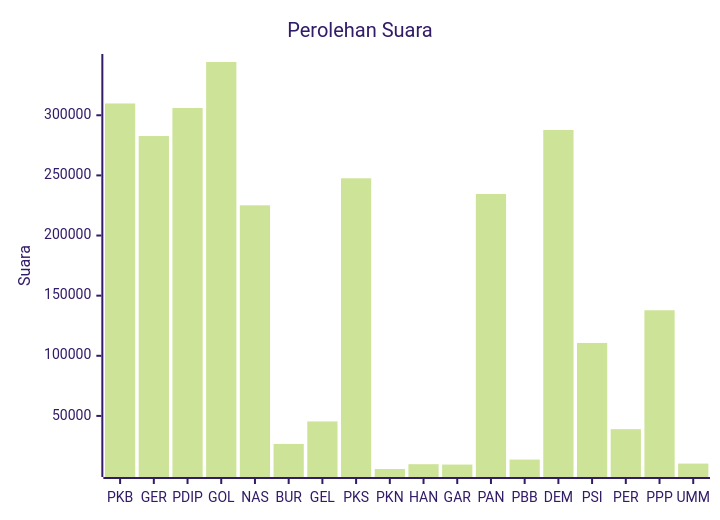
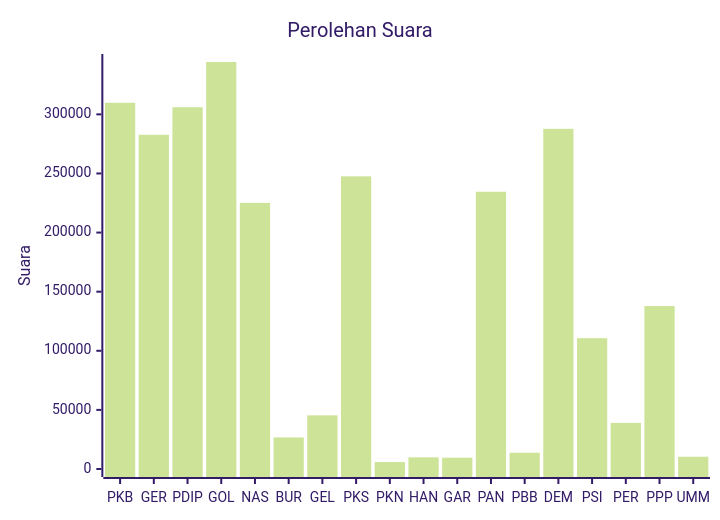
The diagram in pileg-dpr/hitung-suara/sub/table-wilayah-36.md (gigit-pemilu/pemilu-2024), drawn with Mermaid (forest theme) before and after one commit. The commit also changed 57 other files, not shown here.

````diff
--- a/pileg-dpr/hitung-suara/sub/table-wilayah-36.md
+++ b/pileg-dpr/hitung-suara/sub/table-wilayah-36.md
@@ -7,7 +7,7 @@
 ```mermaid
 xychart-beta
     title "Perolehan Suara"
     x-axis [PKB, GER, PDIP, GOL, NAS, BUR, GEL, PKS, PKN, HAN, GAR, PAN, PBB, DEM, PSI, PER, PPP, UMM]
-    y-axis "Suara"
+    y-axis "Suara" 0 --> 344285
     bar [309810, 282735, 306052, 344285, 225126, 26715, 45409, 247581, 5871, 9869, 9577, 234547, 13730, 287780, 110682, 39007, 137866, 10371]
 ```
````
